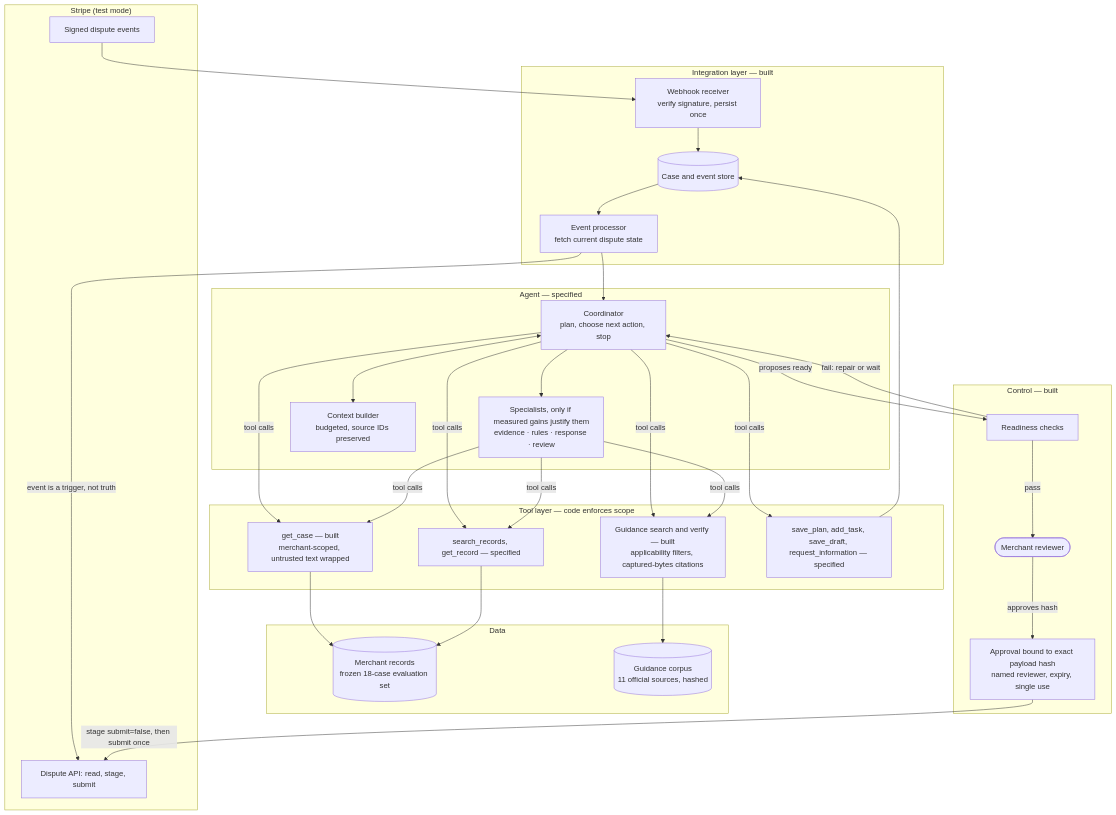
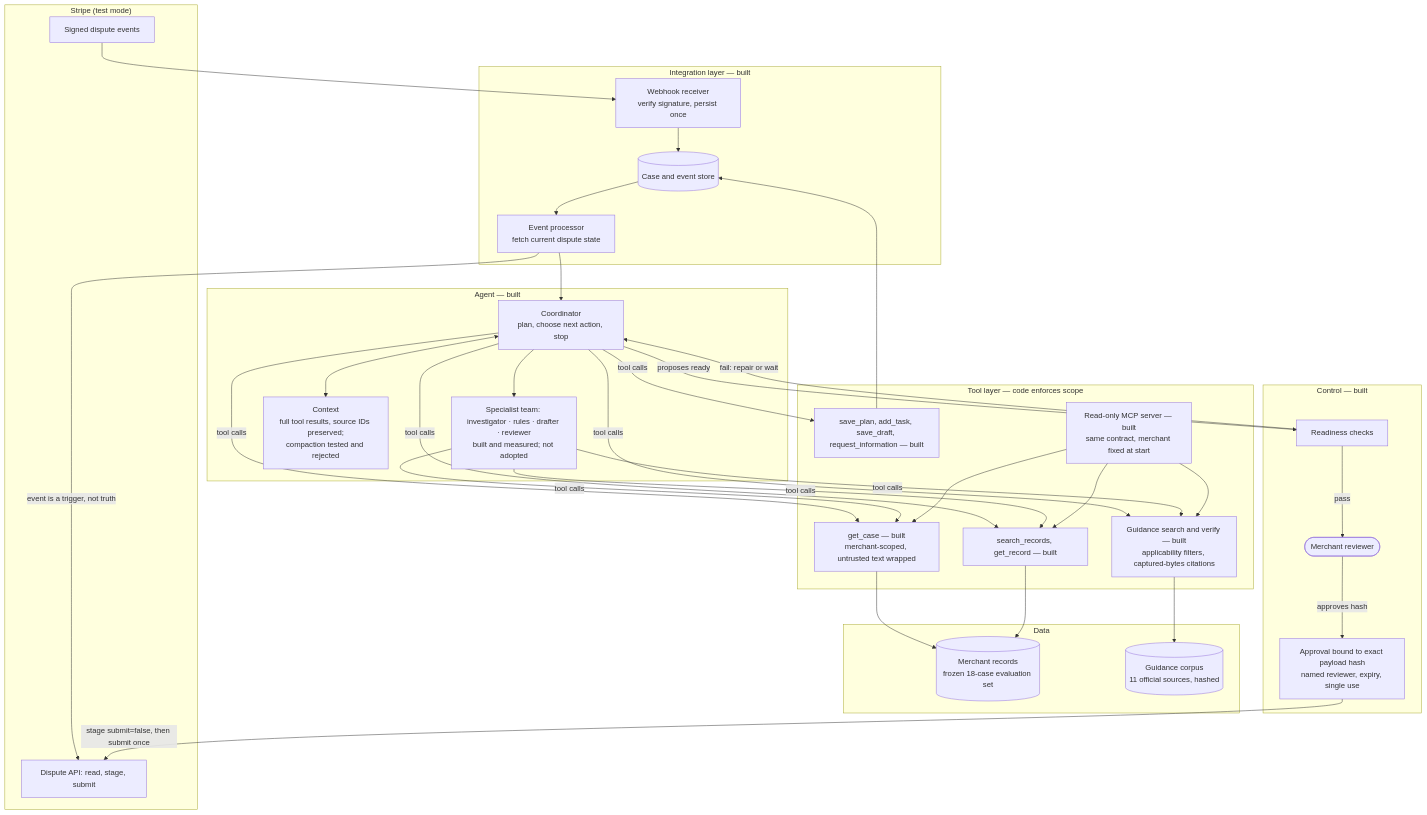
Before and after one commit to sncgosden/disputes-agent: the first of 2 diagrams in docs/architecture.md, drawn with Mermaid. The commit also changed other lines of this file and 3 other files, not shown here.

````diff
--- a/docs/architecture.md
+++ b/docs/architecture.md
@@ -7,54 +7,56 @@
 ```mermaid
 flowchart TB
     subgraph Provider["Stripe (test mode)"]
         EV[Signed dispute events]
         API[Dispute API: read, stage, submit]
     end
 
     subgraph Integration["Integration layer — built"]
         RX[Webhook receiver<br/>verify signature, persist once]
         PR[Event processor<br/>fetch current dispute state]
         CS[(Case and event store)]
     end
 
-    subgraph Agent["Agent — specified"]
+    subgraph Agent["Agent — built"]
         CO[Coordinator<br/>plan, choose next action, stop]
-        SP[Specialists, only if measured gains justify them<br/>evidence · rules · response · review]
-        CX[Context builder<br/>budgeted, source IDs preserved]
+        SP[Specialist team: investigator · rules · drafter · reviewer<br/>built and measured; not adopted]
+        CX[Context<br/>full tool results, source IDs preserved;<br/>compaction tested and rejected]
     end
 
     subgraph Tools["Tool layer — code enforces scope"]
         GC[get_case — built<br/>merchant-scoped, untrusted text wrapped]
-        SR[search_records, get_record — specified]
+        SR[search_records, get_record — built]
         GS[Guidance search and verify — built<br/>applicability filters, captured-bytes citations]
-        WR[save_plan, add_task, save_draft, request_information — specified]
+        WR[save_plan, add_task, save_draft, request_information — built]
+        MCP[Read-only MCP server — built<br/>same contract, merchant fixed at start]
     end
 
     subgraph Data["Data"]
         MR[(Merchant records<br/>frozen 18-case evaluation set)]
         GC2[(Guidance corpus<br/>11 official sources, hashed)]
     end
 
     subgraph Control["Control — built"]
         RD[Readiness checks]
         AP[Approval bound to exact payload hash<br/>named reviewer, expiry, single use]
         HU([Merchant reviewer])
     end
 
     EV --> RX --> CS
     CS --> PR
     PR -- "event is a trigger, not truth" --> API
     PR --> CO
     CO <--> CX
     CO --> SP
     CO -- tool calls --> GC & SR & GS & WR
     SP -- tool calls --> GC & SR & GS
     GC & SR --> MR
+    MCP --> GC & SR & GS
     GS --> GC2
     WR --> CS
     CO -- proposes ready --> RD
     RD -- pass --> HU
     RD -- fail: repair or wait --> CO
     HU -- approves hash --> AP
     AP -- "stage submit=false, then submit once" --> API
 ```
````
